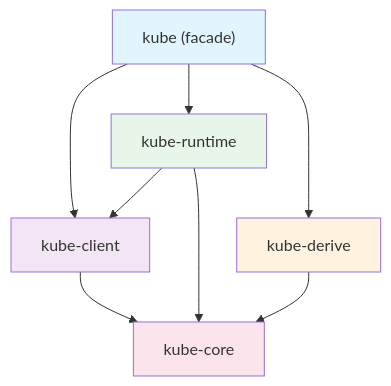
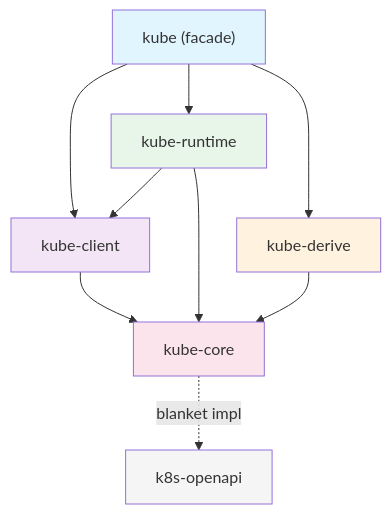
One commit to doxxx93/doxxx.dev changed the diagram in docs/kube-rs/architecture/crate-overview.md. Above: the diagram before and after it, drawn with Mermaid. The commit also changed other lines of this file and 14 other files, not shown here.

First line of the commit message:
docs(kube-rs): fill architecture section and clean up structure

````diff
--- a/docs/kube-rs/architecture/crate-overview.md
+++ b/docs/kube-rs/architecture/crate-overview.md
@@ -23,16 +24,18 @@
 ```mermaid
 graph TD
     A["kube (facade)"] --> B[kube-client]
     A --> C[kube-runtime]
     A --> D[kube-derive]
     B --> E[kube-core]
     C --> B
     C --> E
     D --> E
+    E -.->|"blanket impl"| F[k8s-openapi]
 
     style A fill:#e1f5fe
     style B fill:#f3e5f5
     style C fill:#e8f5e9
     style D fill:#fff3e0
     style E fill:#fce4ec
+    style F fill:#f5f5f5
 ```
````
